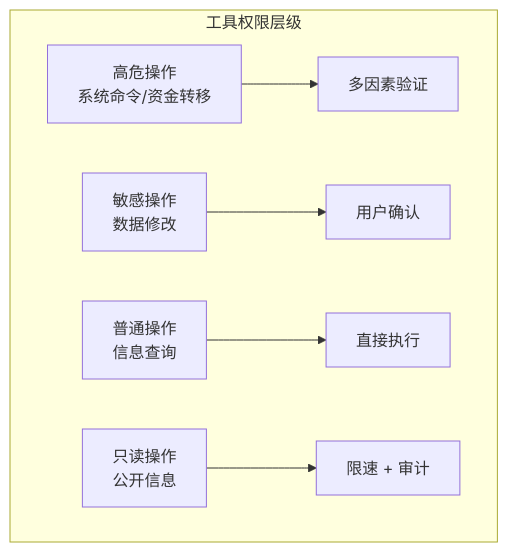
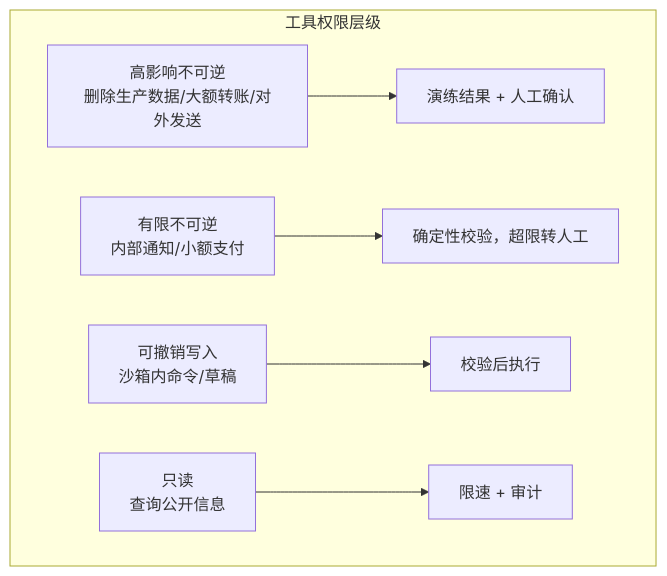
Before and after one commit to yeasy/ai_security_guide: the third of 5 diagrams in 12_agent_attack_surface/12.1_tool_security.md, drawn with Mermaid. The commit also changed other lines of this file and 29 other files, not shown here.

````diff
--- a/12_agent_attack_surface/12.1_tool_security.md
+++ b/12_agent_attack_surface/12.1_tool_security.md
@@ -126,9 +132,9 @@
 ```mermaid
 graph TB
     subgraph "工具权限层级"
-    A["高危操作<br/>系统命令/资金转移"] --> E["多因素验证"]
-    B["敏感操作<br/>数据修改"] --> F["用户确认"]
-    C["普通操作<br/>信息查询"] --> G["直接执行"]
-    D["只读操作<br/>公开信息"] --> H["限速 + 审计"]
+    A["高影响不可逆<br/>删除生产数据/大额转账/对外发送"] --> E["演练结果 + 人工确认"]
+    B["有限不可逆<br/>内部通知/小额支付"] --> F["确定性校验，超限转人工"]
+    C["可撤销写入<br/>沙箱内命令/草稿"] --> G["校验后执行"]
+    D["只读<br/>查询公开信息"] --> H["限速 + 审计"]
     end
 ```
````
